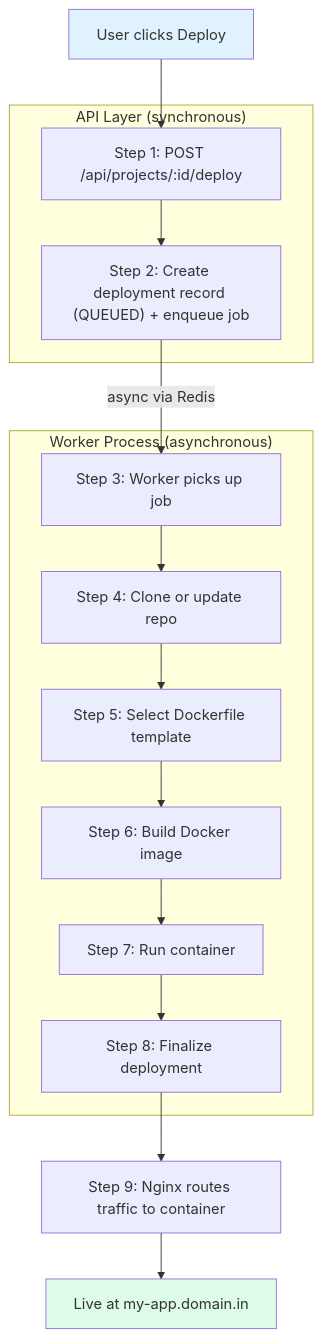
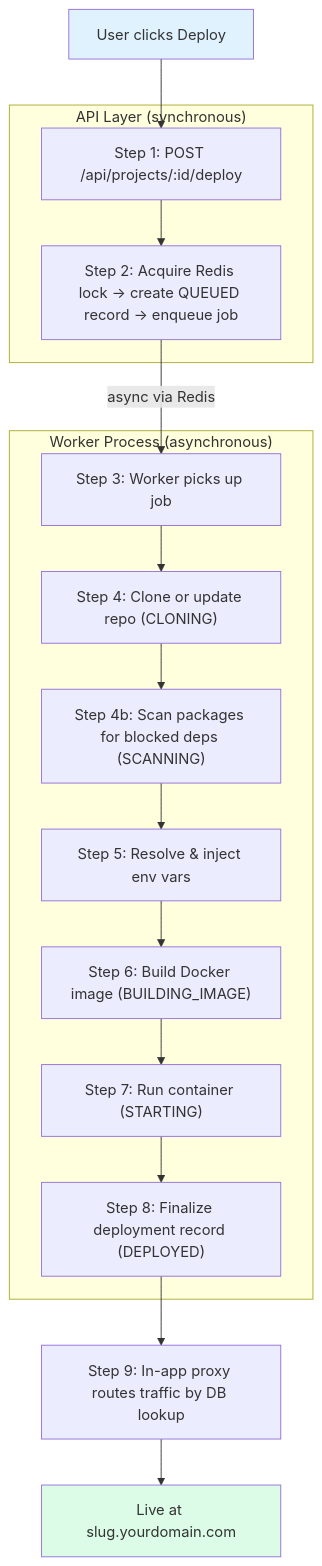
The fifth of 10 diagrams in docs/HOW-IT-WORKS.md (kpndevrootentri/dropdeploy), drawn with Mermaid before and after one commit. The commit also changed other lines of this file and 23 other files, not shown here.

````diff
--- a/docs/HOW-IT-WORKS.md
+++ b/docs/HOW-IT-WORKS.md
@@ -162,26 +200,27 @@
 ```mermaid
 flowchart TB
     T["User clicks Deploy"] --> S1
 
     subgraph API["API Layer (synchronous)"]
         S1["Step 1: POST /api/projects/:id/deploy"]
-        S1 --> S2["Step 2: Create deployment record (QUEUED) + enqueue job"]
+        S1 --> S2["Step 2: Acquire Redis lock → create QUEUED record → enqueue job"]
     end
 
     S2 -->|async via Redis| S3
 
     subgraph WK["Worker Process (asynchronous)"]
         S3["Step 3: Worker picks up job"]
-        S3 --> S4["Step 4: Clone or update repo"]
-        S4 --> S5["Step 5: Select Dockerfile template"]
-        S5 --> S6["Step 6: Build Docker image"]
-        S6 --> S7["Step 7: Run container"]
-        S7 --> S8["Step 8: Finalize deployment"]
+        S3 --> S4["Step 4: Clone or update repo (CLONING)"]
+        S4 --> S4b["Step 4b: Scan packages for blocked deps (SCANNING)"]
+        S4b --> S5["Step 5: Resolve & inject env vars"]
+        S5 --> S6["Step 6: Build Docker image (BUILDING_IMAGE)"]
+        S6 --> S7["Step 7: Run container (STARTING)"]
+        S7 --> S8["Step 8: Finalize deployment record (DEPLOYED)"]
     end
 
-    S8 --> S9["Step 9: Nginx routes traffic to container"]
-    S9 --> LIVE["Live at my-app.domain.in"]
+    S8 --> S9["Step 9: In-app proxy routes traffic by DB lookup"]
+    S9 --> LIVE["Live at slug.yourdomain.com"]
 
     style T fill:#e0f2fe
     style LIVE fill:#dcfce7
 ```
````
